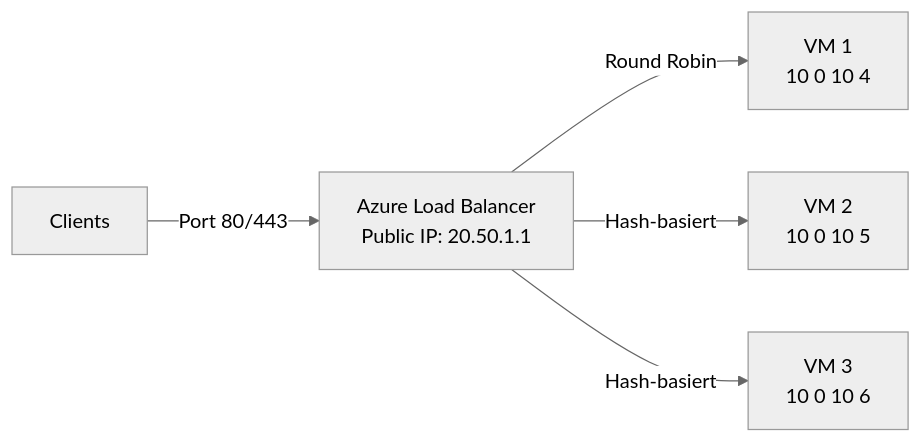
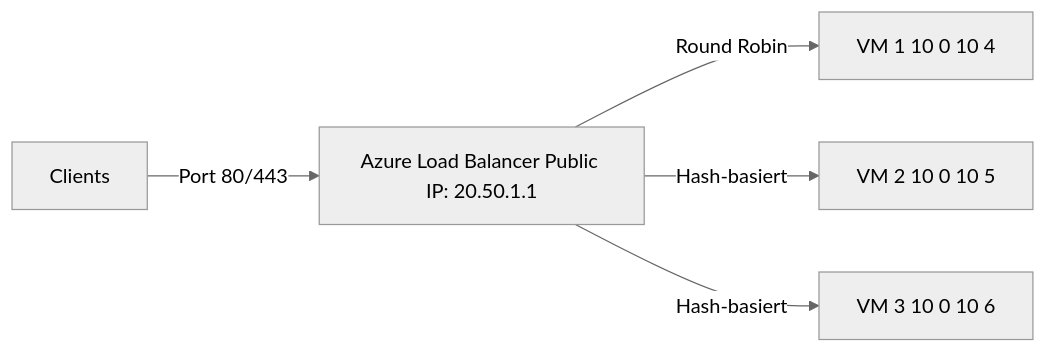
The first of 5 diagrams in Microsoft 365/Azure/Netzwerk/Azure Load Balancer.md (SoniiiT/notes-n-docs), drawn with Mermaid (neutral theme) before and after one commit. The commit also changed other lines of this file and 124 other files, not shown here.

First line of the commit message:
fix: Entferne \n aus allen Mermaid-Diagrammen (125 Dateien)

````diff
--- a/Microsoft 365/Azure/Netzwerk/Azure Load Balancer.md
+++ b/Microsoft 365/Azure/Netzwerk/Azure Load Balancer.md
@@ -28,7 +28,7 @@
 ```mermaid
 graph LR
-    INT[Clients] -->|Port 80/443| LB[Azure Load Balancer\nPublic IP: 20.50.1.1]
-    LB -->|Round Robin| VM1[VM 1\n10 0 10 4]
-    LB -->|Hash-basiert| VM2[VM 2\n10 0 10 5]
-    LB -->|Hash-basiert| VM3[VM 3\n10 0 10 6]
+    INT[Clients] -->|Port 80/443| LB[Azure Load Balancer Public IP: 20.50.1.1]
+    LB -->|Round Robin| VM1[VM 1 10 0 10 4]
+    LB -->|Hash-basiert| VM2[VM 2 10 0 10 5]
+    LB -->|Hash-basiert| VM3[VM 3 10 0 10 6]
 ```
````
